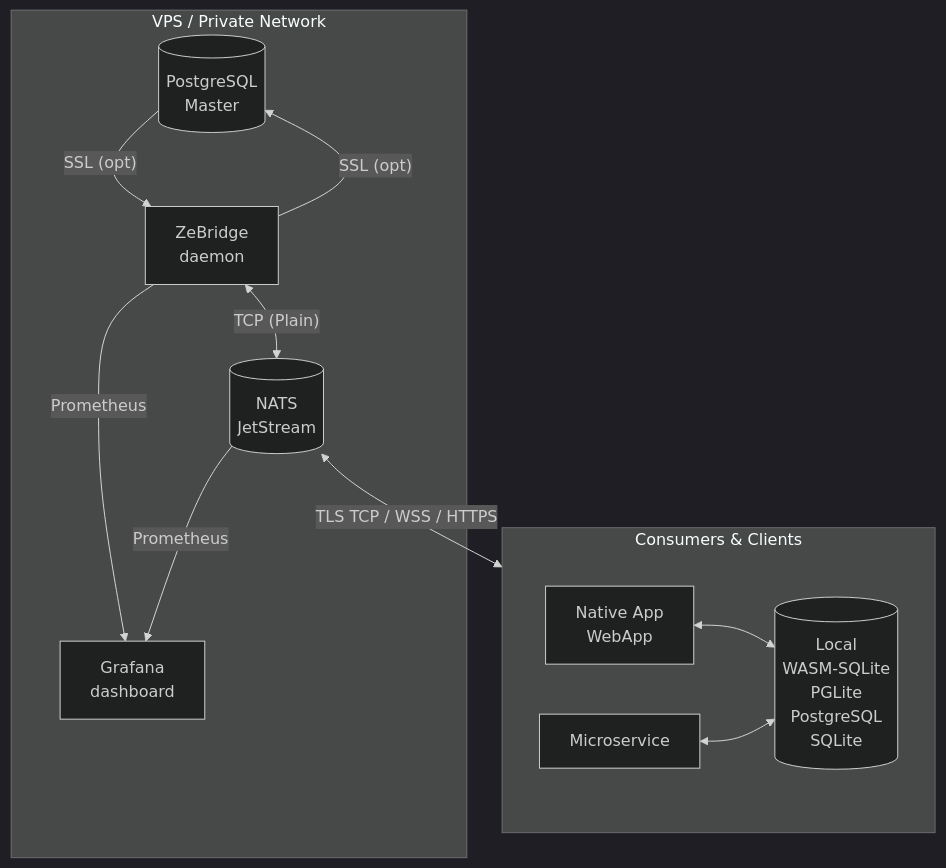
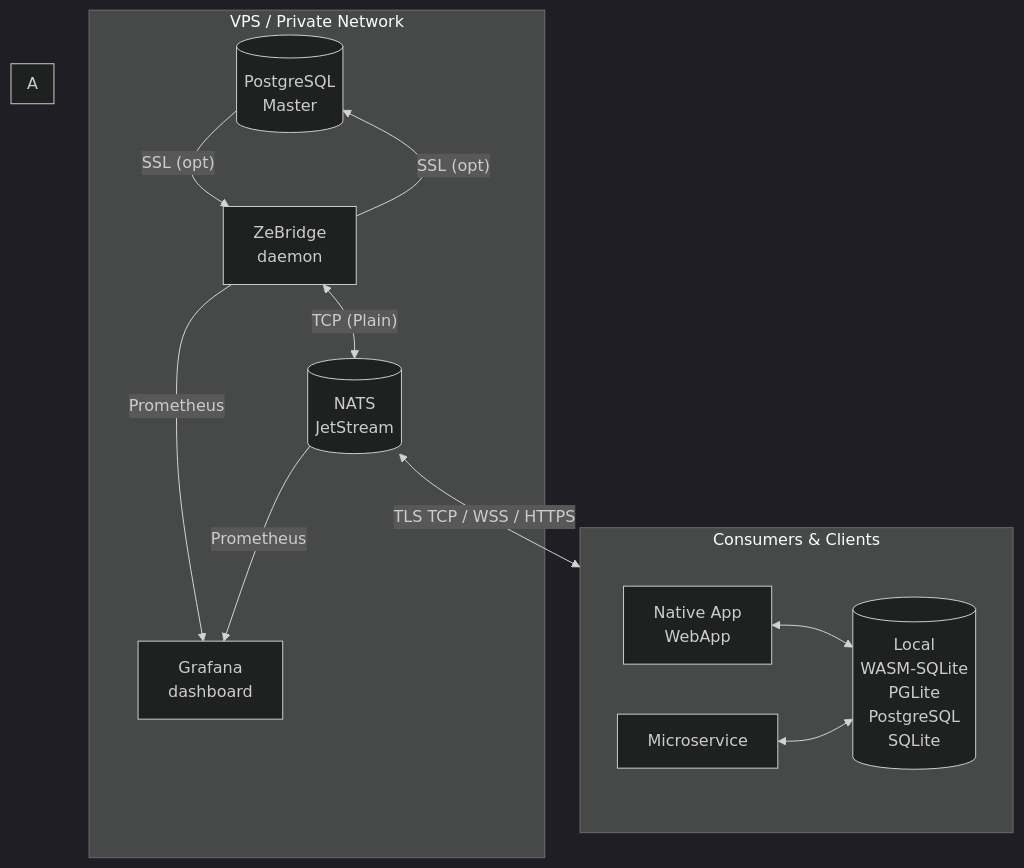
Before and after one commit to ndrean/ZeBridge: the first of 2 diagrams in README.md, drawn with Mermaid (dark theme). The commit also changed other lines of this file and 28 other files, not shown here.

````diff
--- a/README.md
+++ b/README.md
@@ -46,23 +49,27 @@
 ```mermaid
 flowchart TD
     subgraph VPS["VPS / Private Network"]
         PG[("PostgreSQL <br> Master")]
-        Bridge["ZeBridge <br> daemon"]
-        NATS[("NATS <br> JetStream")]
+        
         Bridge -- Prometheus --> Grafana["Grafana <br> dashboard"]
         NATS -- Prometheus --> Grafana
 
         PG -- "SSL (opt)" --> Bridge
         Bridge -- "SSL (opt)" --> PG
         Bridge <--> |"TCP (Plain)"| NATS
     end
 
     NATS <--> |"TLS TCP / WSS / HTTPS"| Consumers
 
+    subgraph Localhost ["A"]
+      Bridge["ZeBridge <br> daemon"]
+      NATS[("NATS <br> JetStream")]
+    end
+
     subgraph Consumers["Consumers & Clients"]
         App["Native App <br> WebApp"]
         Server_Worker["Microservice"]
         App <--> Local_DB[("Local<br> WASM-SQLite <br> PGLite <br> PostgreSQL <br> SQLite")]
         Server_Worker <--> Local_DB
     end
 ```
````
